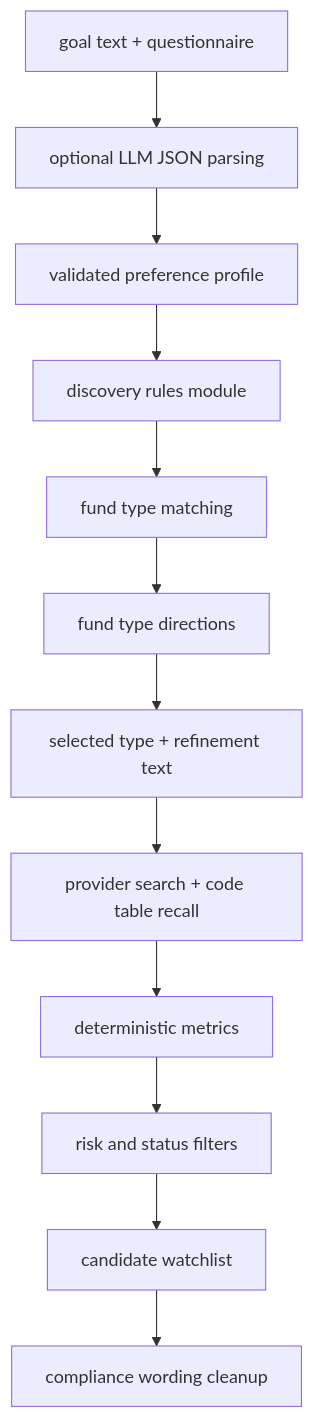
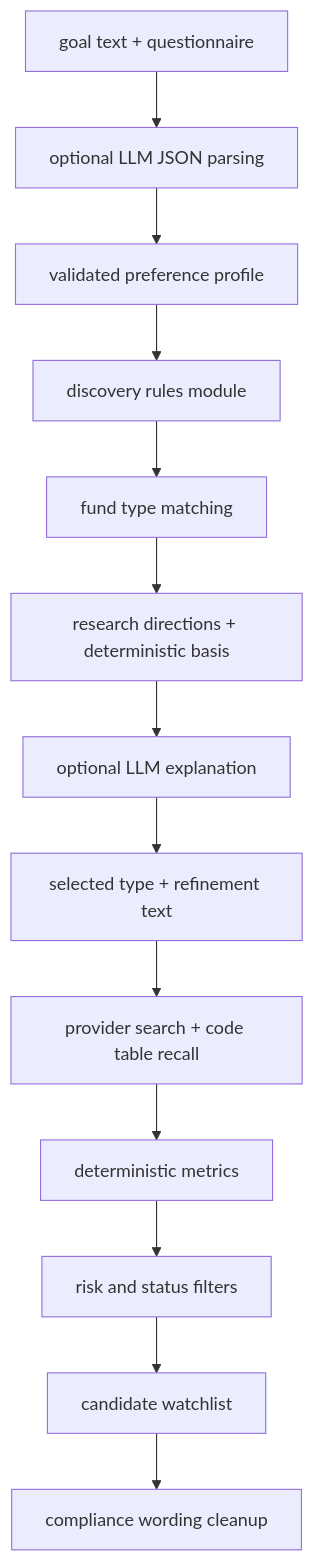
One commit to normalform3/fund-scope-agent changed the fourth of 4 diagrams in docs/ARCHITECTURE.md. Above: the diagram before and after it, drawn with Mermaid. The commit also changed other lines of this file and 27 other files, not shown here.

````diff
--- a/docs/ARCHITECTURE.md
+++ b/docs/ARCHITECTURE.md
@@ -198,14 +224,15 @@
 ```mermaid
 flowchart TD
   Goal["goal text + questionnaire"] --> Parse["optional LLM JSON parsing"]
   Parse --> Profile["validated preference profile"]
   Profile --> Rules["discovery rules module"]
   Rules --> TypeMatch["fund type matching"]
-  TypeMatch --> Direction["fund type directions"]
-  Direction --> Refine["selected type + refinement text"]
+  TypeMatch --> Direction["research directions + deterministic basis"]
+  Direction --> Explain["optional LLM explanation"]
+  Explain --> Refine["selected type + refinement text"]
   Refine --> Search["provider search + code table recall"]
   Search --> Metrics["deterministic metrics"]
   Metrics --> Filter["risk and status filters"]
   Filter --> Candidates["candidate watchlist"]
   Candidates --> Compliance["compliance wording cleanup"]
 ```
````
